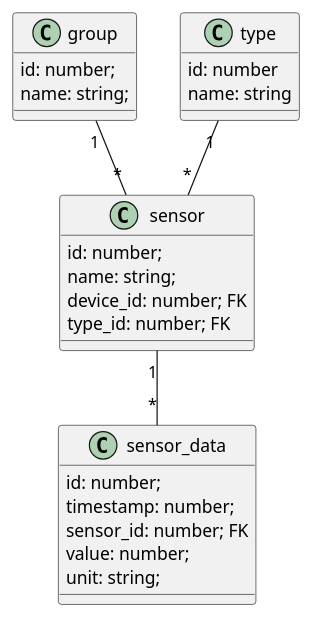
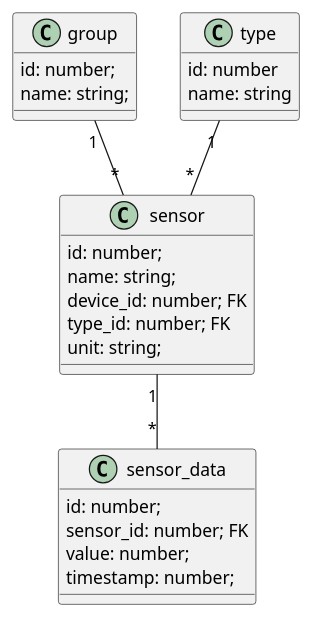
The diagram in docs/DataModel.puml (LuminAIOrg/LuminAI), drawn with PlantUML before and after one commit.

Commit message:
fix: datamodel moved Unit from SensorData to Sensor table

```diff
--- a/docs/DataModel.puml
+++ b/docs/DataModel.puml
@@ -1,32 +1,31 @@
 @startuml
 class group{
  id: number;
  name: string;
 }
 
 class sensor{
  id: number;
  name: string;
  device_id: number; FK
  type_id: number; FK
+ unit: string;
 }
 
 class sensor_data{
  id: number;
- timestamp: number;
  sensor_id: number; FK
  value: number;
- unit: string;
+ timestamp: number;
 }
 
 class type{
-id: number
-name: string
-
+ id: number
+ name: string
 }
 
 
 group "1" -- "*" sensor
 sensor "1" -- "*" sensor_data
 type "1" -- "*" sensor
 @enduml
```
